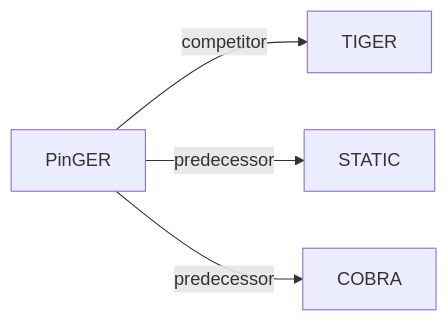
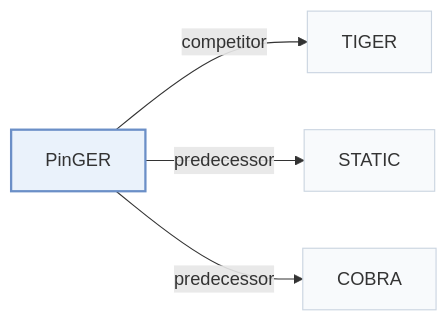
The second of 2 diagrams in pages/papers/pinger.md (Galaxy-ghost/Awesome-SID-Generative-Rec), drawn with Mermaid before and after one commit. The commit also changed other lines of this file and 649 other files, not shown here.

Commit message:
writer-05: also tags and modality index (schema, check, build, visuals); summary field removed; calibration data for 12 papers

````diff
--- a/pages/papers/pinger.md
+++ b/pages/papers/pinger.md
@@ -68,7 +73,11 @@
 ```mermaid
 flowchart LR
     P["PinGER"]
-    P -->|competitor| A["TIGER"]
-    P -->|predecessor| B["STATIC"]
-    P -->|predecessor| C["COBRA"]
+    P -->|"competitor"| A["TIGER"]
+    P -->|"predecessor"| B["STATIC"]
+    P -->|"predecessor"| C["COBRA"]
+    classDef main fill:#eaf2fb,stroke:#6b8fc7,stroke-width:2px
+    classDef peer fill:#f8fafc,stroke:#cbd5e1
+    class P main
+    class A,B,C peer
 ```
````
